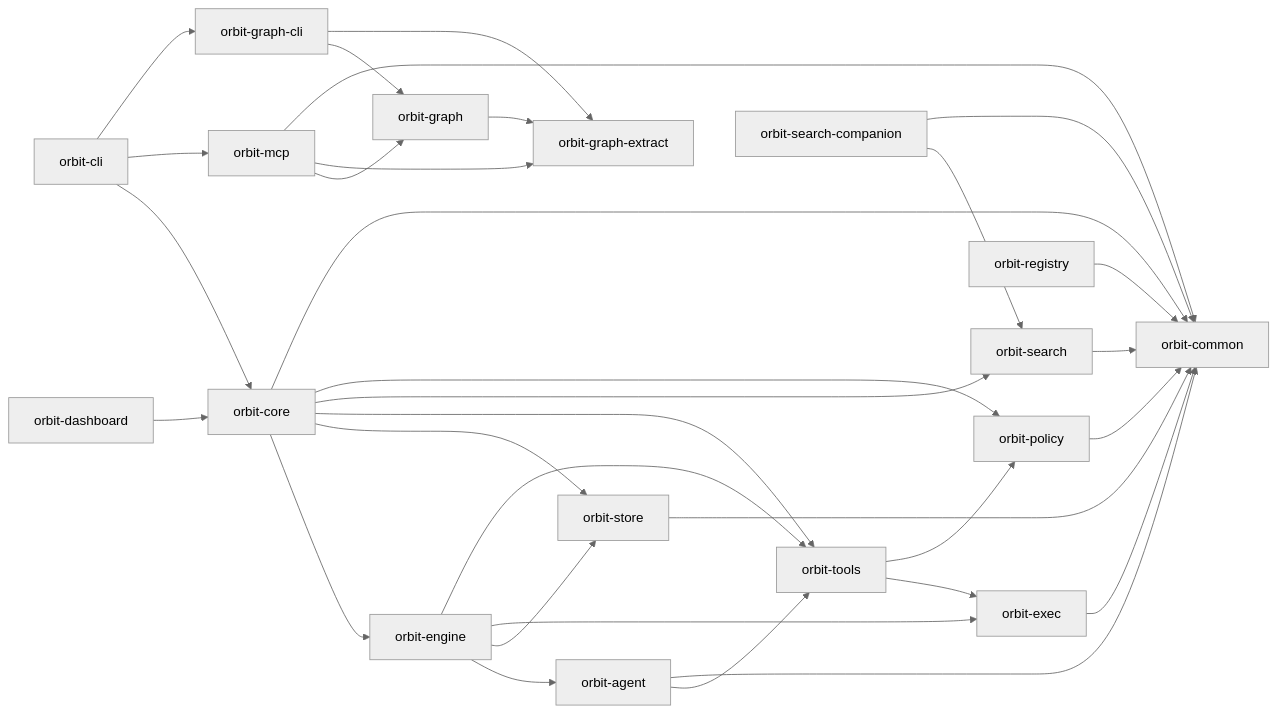
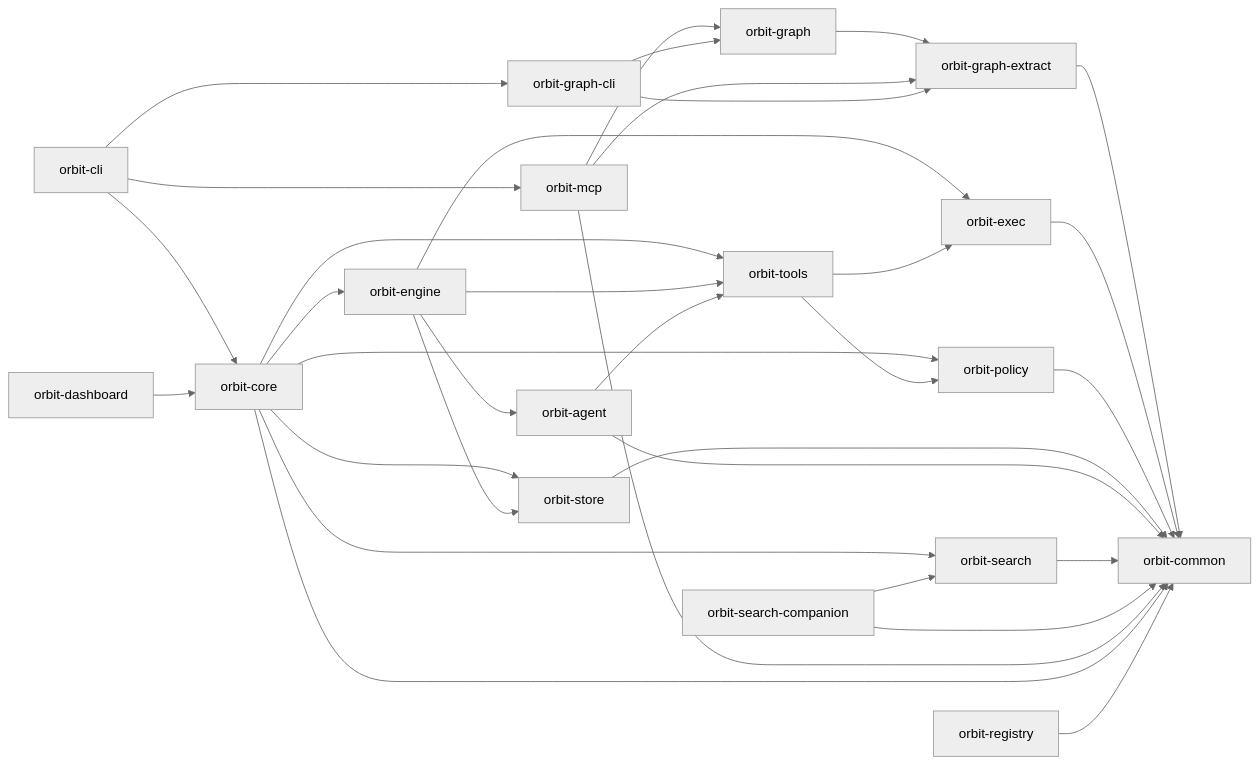
The diagram in ARCHITECTURE.md (danieljhkim/orbit), drawn with Mermaid (neutral theme) before and after one commit. The commit also changed other lines of this file and 12 other files, not shown here.

````diff
--- a/ARCHITECTURE.md
+++ b/ARCHITECTURE.md
@@ -5,34 +5,35 @@
 ```mermaid
 flowchart LR
   CLI["orbit-cli"] --> Core["orbit-core"]
   CLI --> MCP["orbit-mcp"]
   CLI --> GraphCli["orbit-graph-cli"]
   Core --> Engine["orbit-engine"]
   Core --> Store["orbit-store"]
   Core --> Tools["orbit-tools"]
   Core --> Search["orbit-search"]
   Core --> Policy["orbit-policy"]
   Engine --> Agent["orbit-agent"]
   Engine --> Store
   Engine --> Exec["orbit-exec"]
   Engine --> Tools
   Agent --> Tools
   Graph["orbit-graph"] --> GraphExtract["orbit-graph-extract"]
+  GraphExtract --> Common
   MCP --> Graph
   MCP --> GraphExtract
   Tools --> Exec["orbit-exec"]
   Tools --> Policy
   Exec --> Common["orbit-common"]
   Policy --> Common
   Store --> Common
   Agent --> Common
   Search --> Common
   SearchCompanion["orbit-search-companion"] --> Search
   SearchCompanion --> Common
   GraphCli["orbit-graph-cli"] --> Graph
   GraphCli --> GraphExtract
   MCP --> Common
   Dashboard["orbit-dashboard"] --> Core
   Core --> Common
   Registry["orbit-registry"] --> Common
 ```
````
